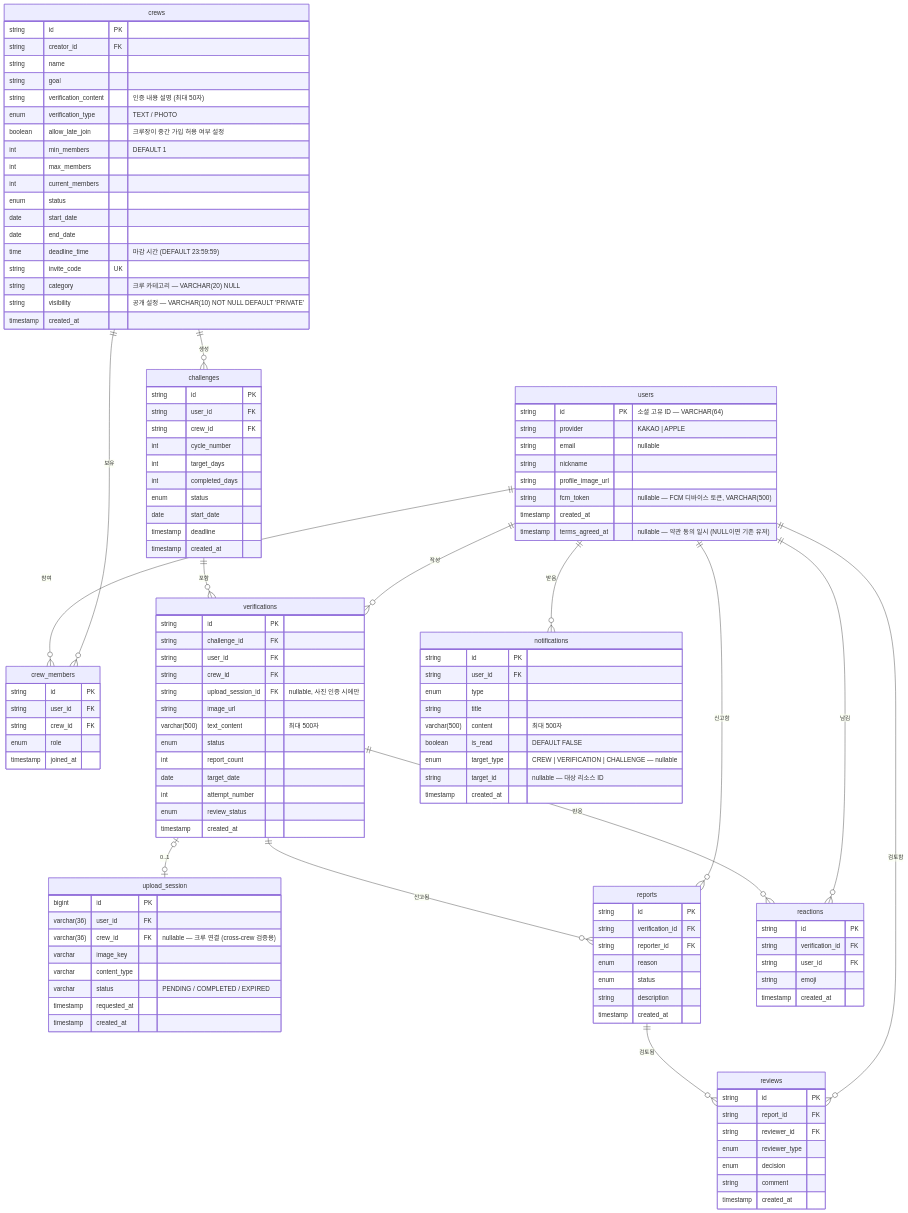
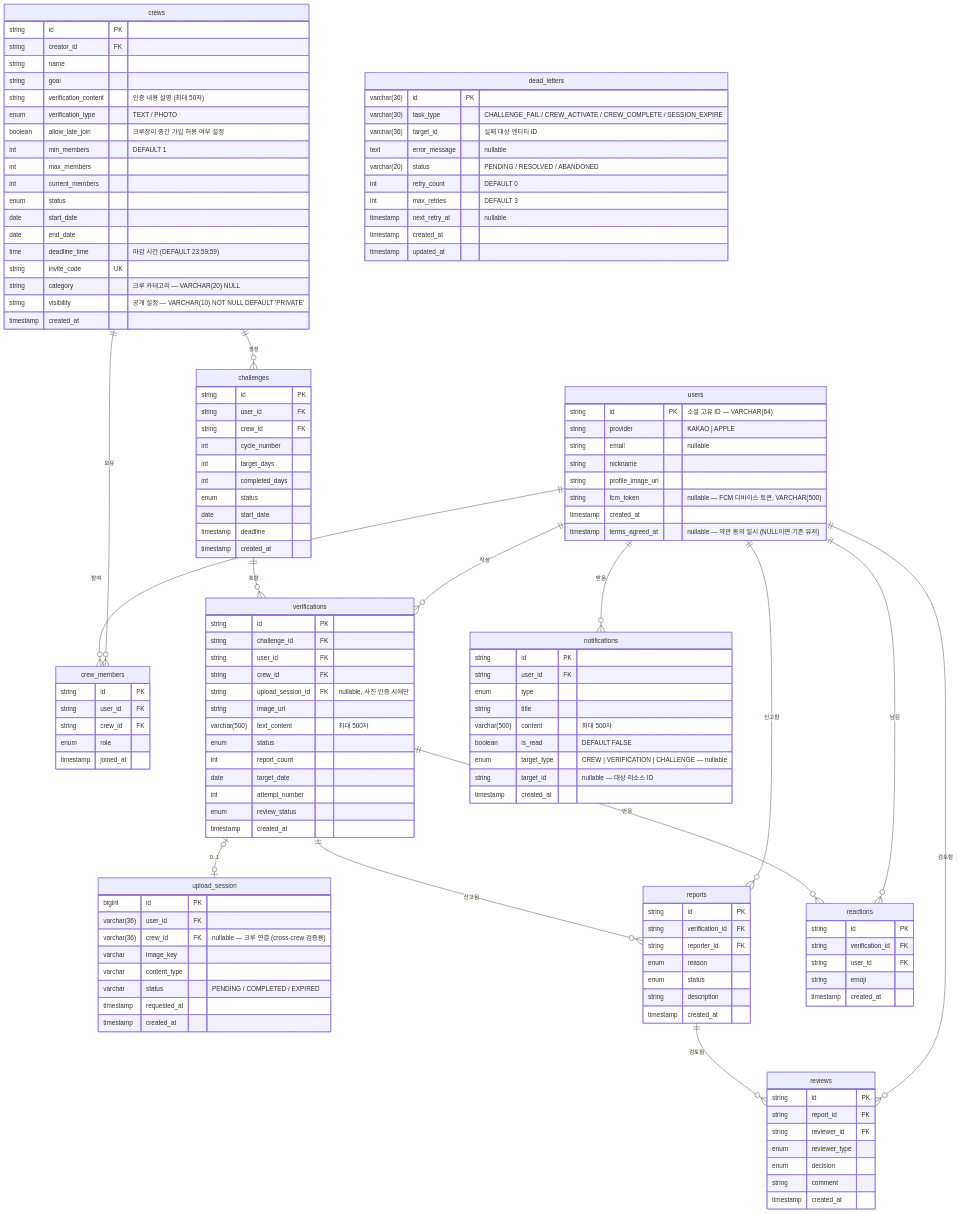
Before and after one commit to JianYang98/TriAgain: the diagram in docs/spec/schema.md, drawn with Mermaid. The commit also changed other lines of this file and 28 other files, not shown here.

Commit message:
feat: 스케줄러 Dead Letter + ChunkProcessor 패턴 적용 - 공통 ChunkProcessor(청크 트랜잭션 + 건별 재시도) + DeadLetter(실패 영구 기록)로 교체 - 4개 스케줄러 + StartupCompensationRunner 리팩토링 - schema.md, biz-logic.md 문서 반영

````diff
--- a/docs/spec/schema.md
+++ b/docs/spec/schema.md
@@ -144,4 +144,17 @@
         timestamp requested_at
         timestamp created_at
     }
+
+    dead_letters {
+        varchar(36) id PK
+        varchar(30) task_type "CHALLENGE_FAIL / CREW_ACTIVATE / CREW_COMPLETE / SESSION_EXPIRE"
+        varchar(36) target_id "실패 대상 엔티티 ID"
+        text error_message "nullable"
+        varchar(20) status "PENDING / RESOLVED / ABANDONED"
+        int retry_count "DEFAULT 0"
+        int max_retries "DEFAULT 3"
+        timestamp next_retry_at "nullable"
+        timestamp created_at
+        timestamp updated_at
+    }
 ```
````
